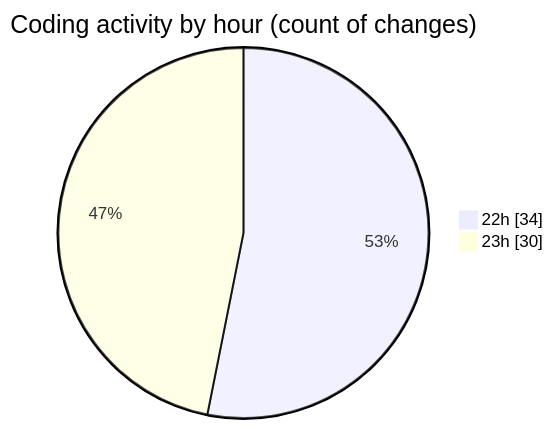
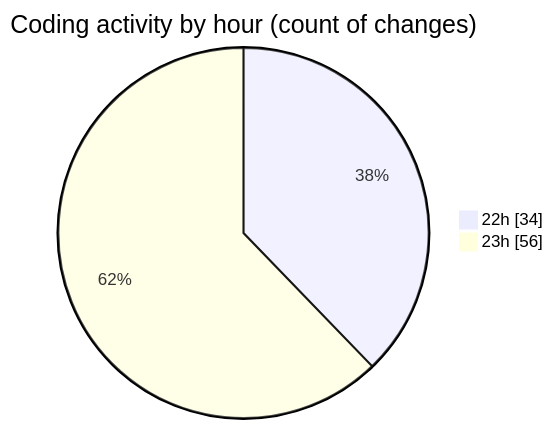
One commit to lephambinh05/code-tracking changed the second of 2 diagrams in 2025-07-14/nhahang/README.md. Above: the diagram before and after it, drawn with Mermaid. The commit also changed other lines of this file and 1 other file, not shown here.

````diff
--- a/2025-07-14/nhahang/README.md
+++ b/2025-07-14/nhahang/README.md
@@ -59,6 +72,6 @@
 ```mermaid
 pie showData
 title Coding activity by hour (count of changes)
 "22h" : 34
-"23h" : 30
+"23h" : 56
 ```
````
